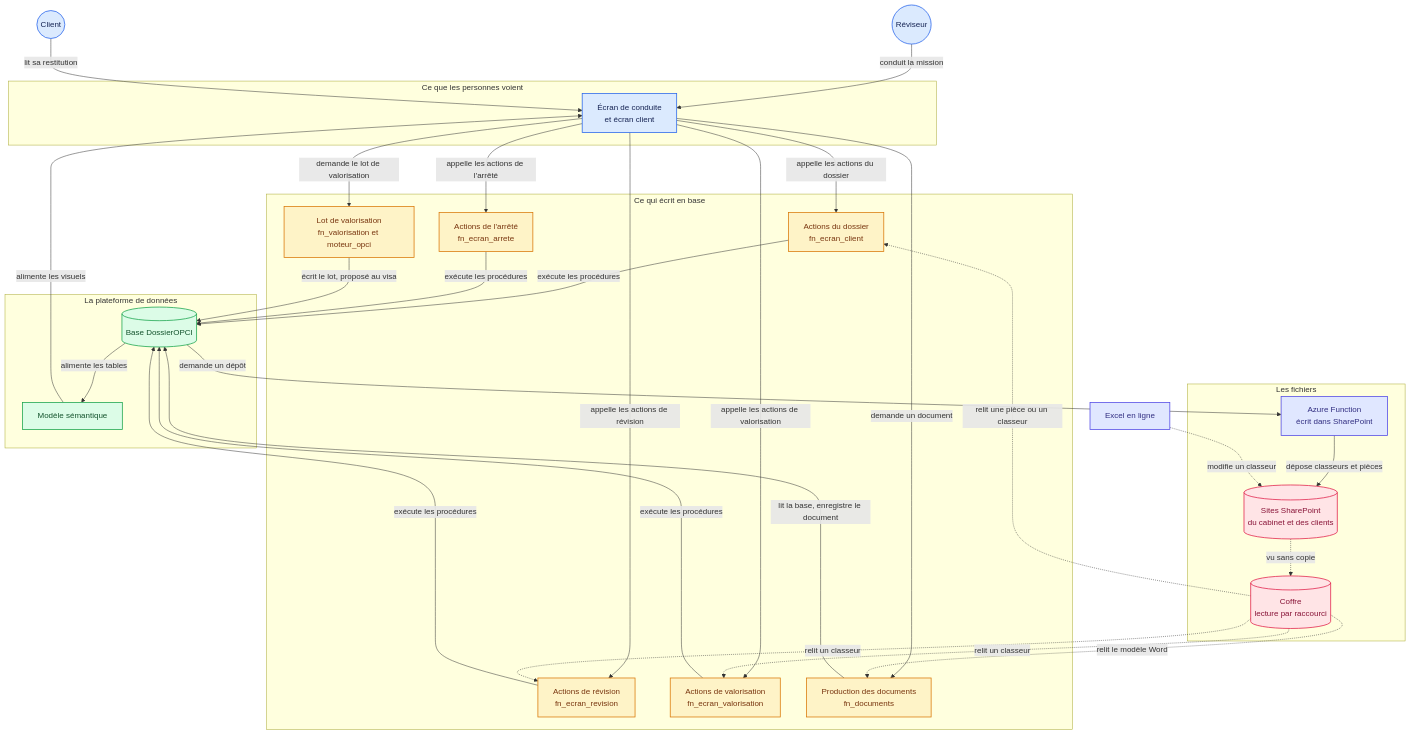
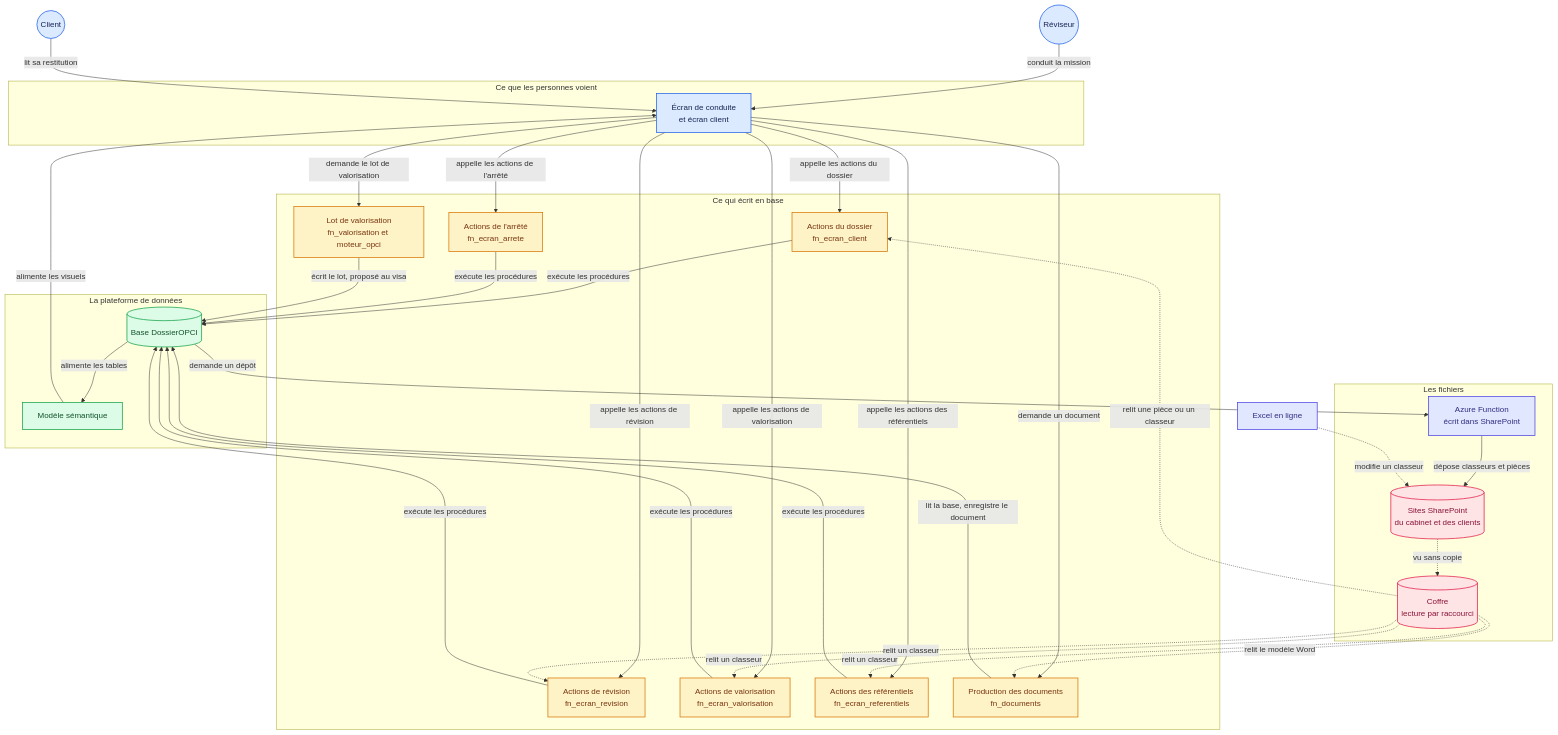
The diagram in docs/comprendre/04-comment-c-est-construit.md (acs-buy/fabric-opci-ec), drawn with Mermaid before and after one commit. The commit also changed other lines of this file and 1220 other files, not shown here.

````diff
--- a/docs/comprendre/04-comment-c-est-construit.md
+++ b/docs/comprendre/04-comment-c-est-construit.md
@@ -13,67 +13,71 @@
 ```mermaid
 flowchart TD
 
 subgraph groupe_usage["Ce que les personnes voient"]
   n_rapport["Écran de conduite<br/>et écran client"]
 end
 
 subgraph groupe_actions["Ce qui écrit en base"]
   n_fn_client["Actions du dossier<br/>fn_ecran_client"]
   n_fn_revision["Actions de révision<br/>fn_ecran_revision"]
   n_fn_valo["Actions de valorisation<br/>fn_ecran_valorisation"]
   n_fn_arrete["Actions de l'arrêté<br/>fn_ecran_arrete"]
+  n_fn_ref["Actions des référentiels<br/>fn_ecran_referentiels"]
   n_fn_documents["Production des documents<br/>fn_documents"]
   n_fn_moteur["Lot de valorisation<br/>fn_valorisation et moteur_opci"]
 end
 
 subgraph groupe_donnees["La plateforme de données"]
   n_sql[("Base DossierOPCI")]
   n_modele["Modèle sémantique"]
 end
 
 subgraph groupe_fichiers["Les fichiers"]
   n_azure["Azure Function<br/>écrit dans SharePoint"]
   n_sharepoint[("Sites SharePoint<br/>du cabinet et des clients")]
   n_coffre[("Coffre<br/>lecture par raccourci")]
 end
 
 n_reviseur(("Réviseur"))
 n_client(("Client"))
 n_excel["Excel en ligne"]
 
 n_reviseur -->|"conduit la mission"| n_rapport
 n_client -->|"lit sa restitution"| n_rapport
 n_rapport -->|"appelle les actions du dossier"| n_fn_client
 n_rapport -->|"appelle les actions de révision"| n_fn_revision
 n_rapport -->|"appelle les actions de valorisation"| n_fn_valo
 n_rapport -->|"appelle les actions de l'arrêté"| n_fn_arrete
+n_rapport -->|"appelle les actions des référentiels"| n_fn_ref
 n_rapport -->|"demande un document"| n_fn_documents
 n_rapport -->|"demande le lot de valorisation"| n_fn_moteur
 n_fn_client -->|"exécute les procédures"| n_sql
 n_fn_revision -->|"exécute les procédures"| n_sql
 n_fn_valo -->|"exécute les procédures"| n_sql
 n_fn_arrete -->|"exécute les procédures"| n_sql
+n_fn_ref -->|"exécute les procédures"| n_sql
 n_fn_documents -->|"lit la base, enregistre le document"| n_sql
 n_fn_moteur -->|"écrit le lot, proposé au visa"| n_sql
 n_sql -->|"alimente les tables"| n_modele
 n_modele -->|"alimente les visuels"| n_rapport
 n_sql -->|"demande un dépôt"| n_azure
 n_azure -->|"dépose classeurs et pièces"| n_sharepoint
 n_excel -.->|"modifie un classeur"| n_sharepoint
 n_sharepoint -.->|"vu sans copie"| n_coffre
 n_coffre -.->|"relit une pièce ou un classeur"| n_fn_client
 n_coffre -.->|"relit un classeur"| n_fn_revision
 n_coffre -.->|"relit un classeur"| n_fn_valo
+n_coffre -.->|"relit un classeur"| n_fn_ref
 n_coffre -.->|"relit le modèle Word"| n_fn_documents
 
 classDef bleu fill:#dbeafe,stroke:#2563eb,stroke-width:1.5px,color:#172554
 classDef ambre fill:#fef3c7,stroke:#d97706,stroke-width:1.5px,color:#78350f
 classDef vert fill:#dcfce7,stroke:#16a34a,stroke-width:1.5px,color:#14532d
 classDef rose fill:#ffe4e6,stroke:#e11d48,stroke-width:1.5px,color:#881337
 classDef indigo fill:#e0e7ff,stroke:#4f46e5,stroke-width:1.5px,color:#312e81
 class n_rapport,n_reviseur,n_client bleu
-class n_fn_client,n_fn_revision,n_fn_valo,n_fn_arrete,n_fn_documents,n_fn_moteur ambre
+class n_fn_client,n_fn_revision,n_fn_valo,n_fn_arrete,n_fn_ref,n_fn_documents,n_fn_moteur ambre
 class n_sql,n_modele vert
 class n_coffre,n_sharepoint rose
 class n_excel,n_azure indigo
 ```
````
